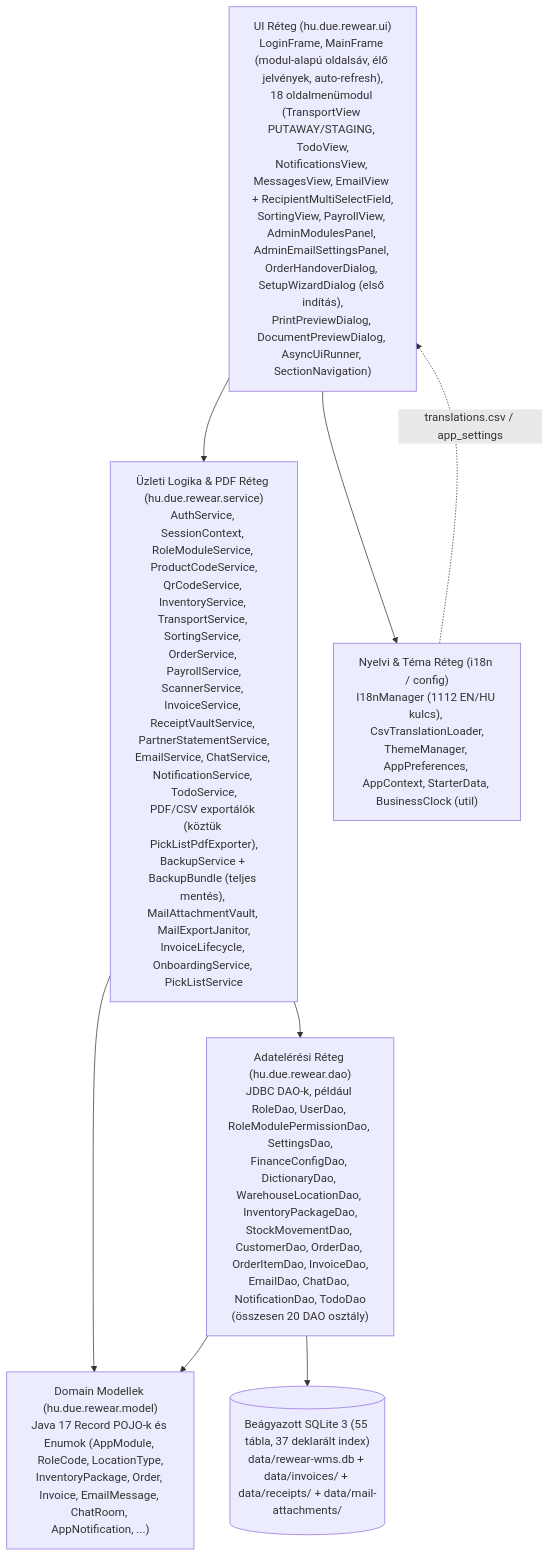
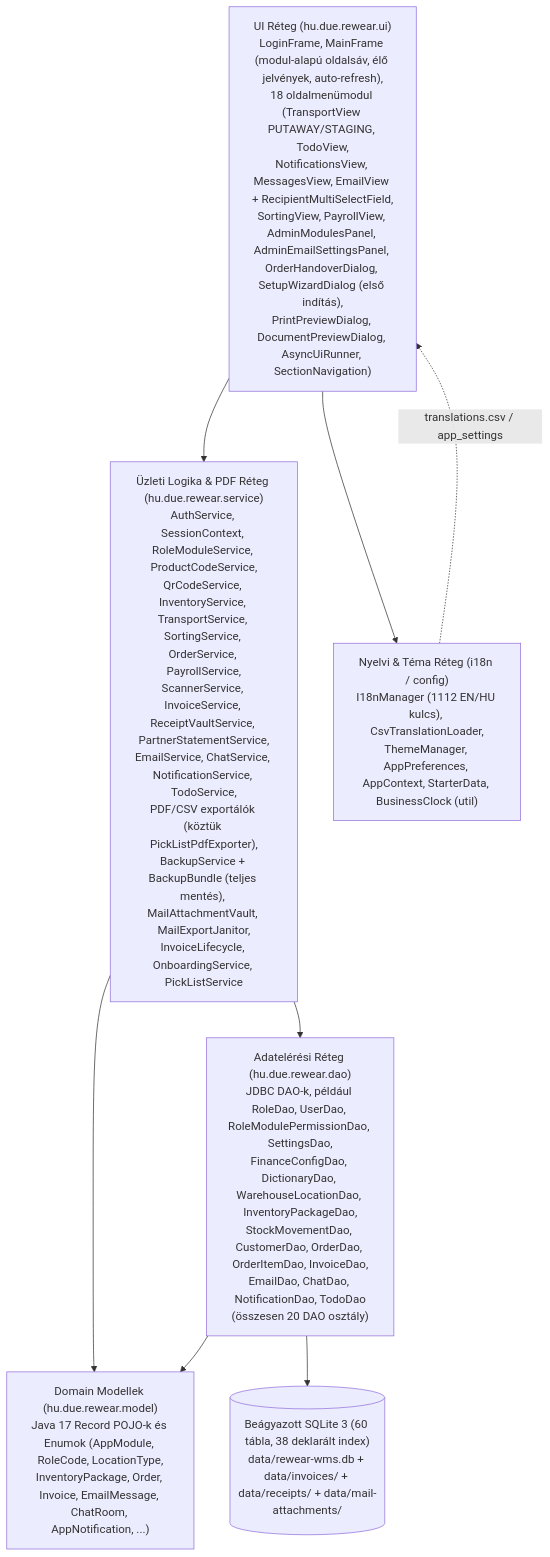
One commit to attilaczudor/due-prog-03 changed the first of 8 diagrams in docs/Programterv.md. Above: the diagram before and after it, drawn with Mermaid. The commit also changed other lines of this file and 11 other files, not shown here.

````diff
--- a/docs/Programterv.md
+++ b/docs/Programterv.md
@@ -11,17 +11,17 @@
 ```mermaid
 flowchart TD
     UI["UI Réteg (hu.due.rewear.ui)<br/>LoginFrame, MainFrame (modul-alapú oldalsáv, élő jelvények, auto-refresh),<br/>18 oldalmenümodul (TransportView PUTAWAY/STAGING, TodoView,<br/>NotificationsView, MessagesView, EmailView + RecipientMultiSelectField,<br/>SortingView, PayrollView, AdminModulesPanel, AdminEmailSettingsPanel, OrderHandoverDialog, SetupWizardDialog (első indítás),<br/>PrintPreviewDialog, DocumentPreviewDialog, AsyncUiRunner, SectionNavigation)"]
     SVC["Üzleti Logika & PDF Réteg (hu.due.rewear.service)<br/>AuthService, SessionContext, RoleModuleService, ProductCodeService,<br/>QrCodeService, InventoryService, TransportService, SortingService, OrderService, PayrollService,<br/>ScannerService, InvoiceService, ReceiptVaultService, PartnerStatementService,<br/>EmailService, ChatService, NotificationService, TodoService,<br/>PDF/CSV exportálók (köztük PickListPdfExporter),<br/>BackupService + BackupBundle (teljes mentés), MailAttachmentVault, MailExportJanitor,<br/>InvoiceLifecycle, OnboardingService, PickListService"]
     I18N["Nyelvi & Téma Réteg (i18n / config)<br/>I18nManager (1112 EN/HU kulcs), CsvTranslationLoader,<br/>ThemeManager, AppPreferences, AppContext, StarterData, BusinessClock (util)"]
     DAO["Adatelérési Réteg (hu.due.rewear.dao)<br/>JDBC DAO-k, például RoleDao, UserDao, RoleModulePermissionDao, SettingsDao,<br/>FinanceConfigDao, DictionaryDao, WarehouseLocationDao, InventoryPackageDao,<br/>StockMovementDao, CustomerDao, OrderDao, OrderItemDao, InvoiceDao,<br/>EmailDao, ChatDao, NotificationDao, TodoDao<br/>(összesen 20 DAO osztály)"]
     MODEL["Domain Modellek (hu.due.rewear.model)<br/>Java 17 Record POJO-k és Enumok (AppModule, RoleCode, LocationType,<br/>InventoryPackage, Order, Invoice, EmailMessage, ChatRoom, AppNotification, ...)"]
-    DB[("Beágyazott SQLite 3 (55 tábla, 37 deklarált index)<br/>data/rewear-wms.db + data/invoices/ + data/receipts/ + data/mail-attachments/")]
+    DB[("Beágyazott SQLite 3 (60 tábla, 38 deklarált index)<br/>data/rewear-wms.db + data/invoices/ + data/receipts/ + data/mail-attachments/")]
 
     UI --> SVC
     UI --> I18N
     SVC --> DAO
     SVC --> MODEL
     DAO --> MODEL
     DAO --> DB
     I18N -.->|"translations.csv / app_settings"| UI
 ```
````
